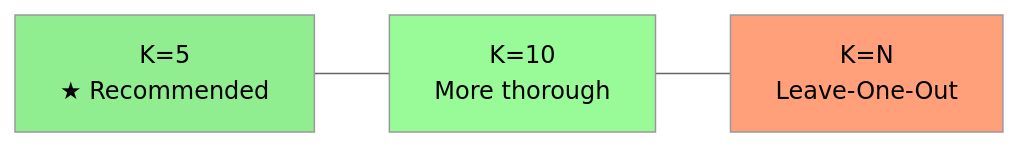
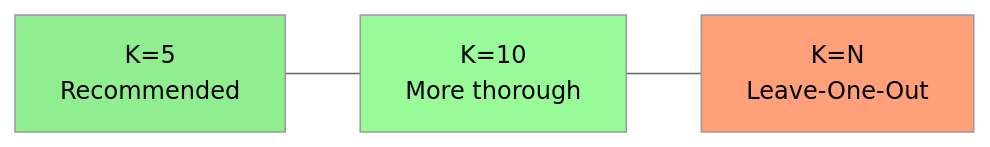
Before and after one commit to Vtheonly/Obsidian_Notes: diagram 26 of 28 in AI/Non Academic/Machine Learning/02. Foundations of Machine Learning.md, drawn with Mermaid (neutral theme). The commit also changed other lines of this file and 148 other files, not shown here.

````diff
--- a/AI/Non Academic/Machine Learning/02. Foundations of Machine Learning.md
+++ b/AI/Non Academic/Machine Learning/02. Foundations of Machine Learning.md
@@ -881,9 +881,9 @@
 ```mermaid
 graph LR
-    K5["K=5<br/>★ Recommended"] --- K10["K=10<br/>More thorough"]
+    K5["K=5<br/> Recommended"] --- K10["K=10<br/>More thorough"]
     K10 --- KN["K=N<br/>Leave-One-Out"]
     
     style K5 fill:#90EE90
     style K10 fill:#98FB98
     style KN fill:#FFA07A
 ```
````
